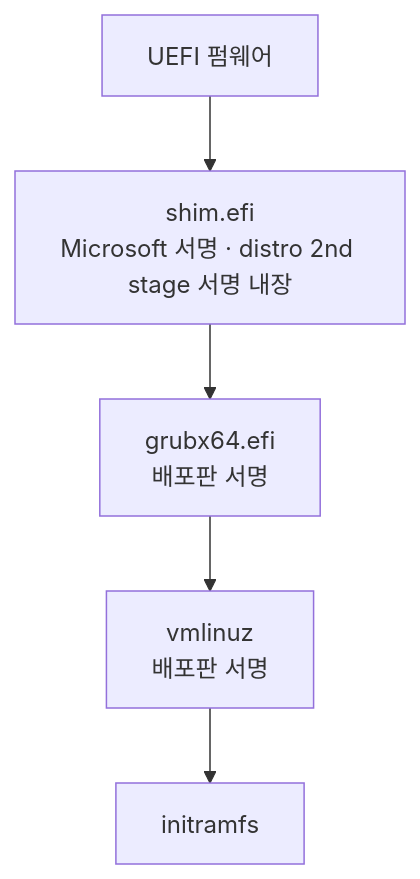
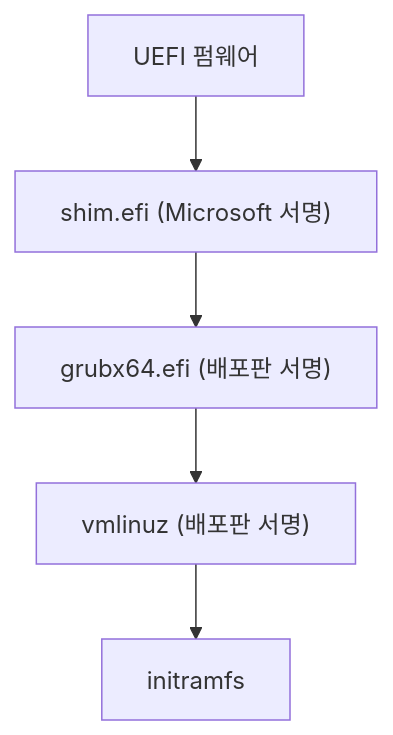
The third of 6 diagrams in content/linux/boot-init/boot-process.md (moonblueblue/devops-wiki), drawn with Mermaid before and after one commit. The commit also changed other lines of this file and 3 other files, not shown here.

First line of the commit message:
style: Mermaid 노드 10개 이하·레이블 간소화 규칙 적용

````diff
--- a/content/linux/boot-init/boot-process.md
+++ b/content/linux/boot-init/boot-process.md
@@ -155,10 +154,10 @@
 ```mermaid
 graph TD
     A[UEFI 펌웨어]
-    B[shim.efi\nMicrosoft 서명 · distro 2nd stage 서명 내장]
-    C[grubx64.efi\n배포판 서명]
-    D[vmlinuz\n배포판 서명]
+    B["shim.efi (Microsoft 서명)"]
+    C["grubx64.efi (배포판 서명)"]
+    D["vmlinuz (배포판 서명)"]
     E[initramfs]
 
     A --> B --> C --> D --> E
 ```
````
